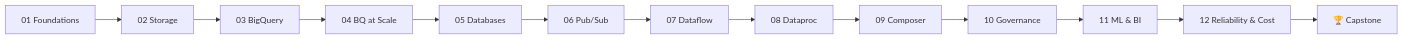
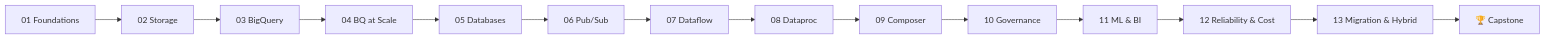
Before and after one commit to thesandx/courses: the diagram in gcp_data_engineer_mastery/README.md, drawn with Mermaid. The commit also changed other lines of this file and 19 other files, not shown here.

````diff
--- a/gcp_data_engineer_mastery/README.md
+++ b/gcp_data_engineer_mastery/README.md
@@ -85,15 +85,16 @@
 ```mermaid
 flowchart LR
     A[01 Foundations] --> B[02 Storage]
     B --> C[03 BigQuery]
     C --> D[04 BQ at Scale]
     D --> E[05 Databases]
     E --> F[06 Pub/Sub]
     F --> G[07 Dataflow]
     G --> H[08 Dataproc]
     H --> I[09 Composer]
     I --> J[10 Governance]
     J --> K[11 ML & BI]
     K --> L[12 Reliability & Cost]
-    L --> Z[🏆 Capstone]
+    L --> M[13 Migration & Hybrid]
+    M --> Z[🏆 Capstone]
 ```
````
